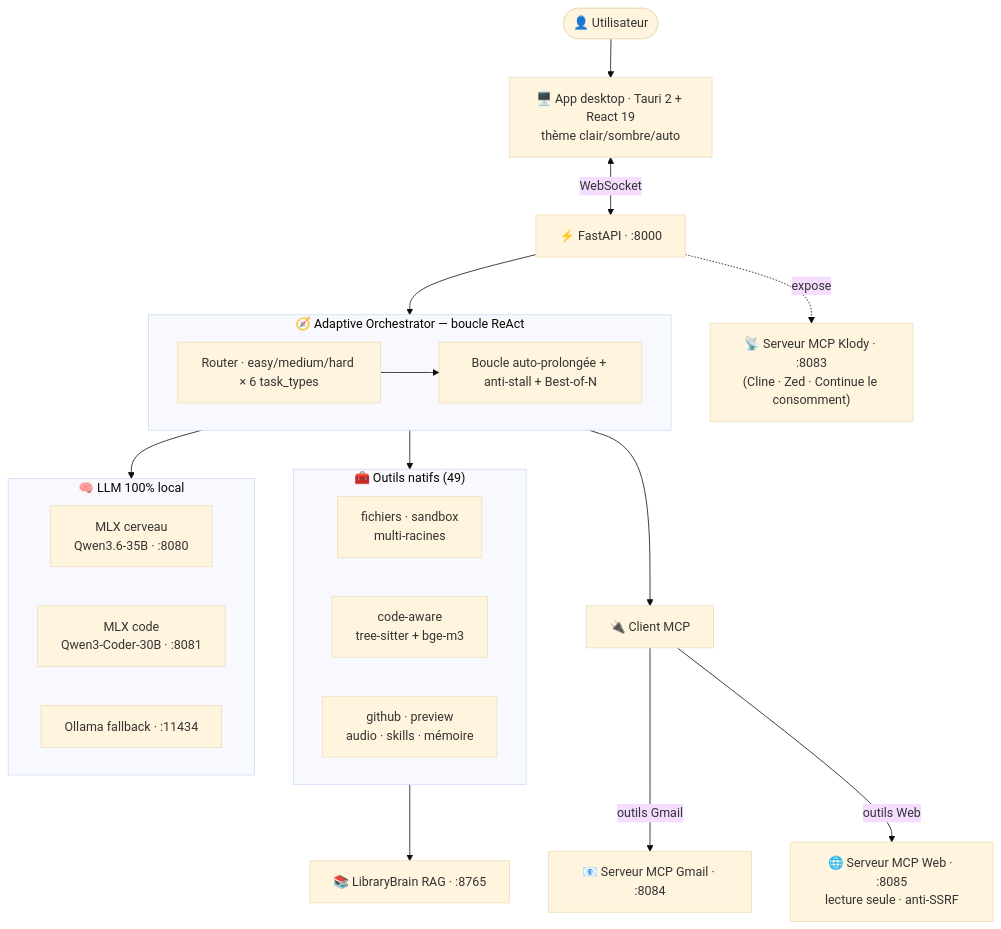
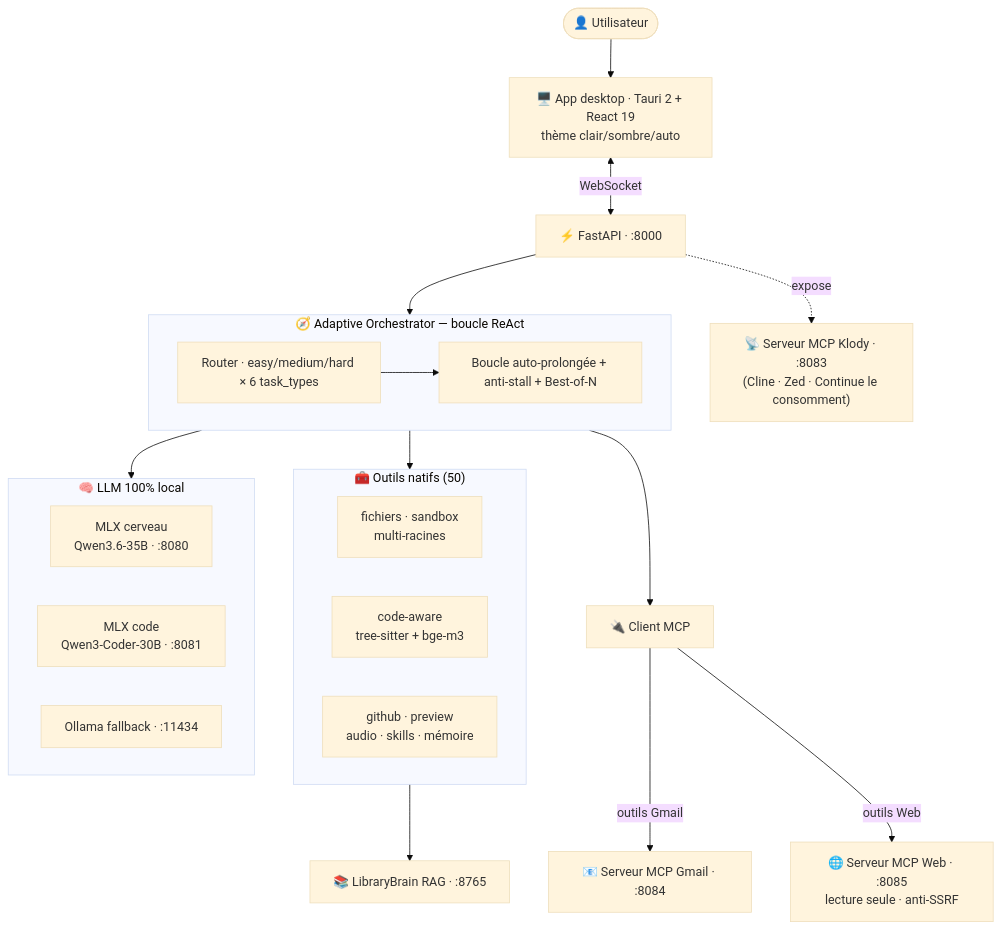
The diagram in README.md (klodynlov/klody-code-ai), drawn with Mermaid (base theme) before and after one commit. The commit also changed other lines of this file and 5 other files, not shown here.

````diff
--- a/README.md
+++ b/README.md
@@ -50,36 +50,36 @@
 ```mermaid
 flowchart TD
     U([👤 Utilisateur]) --> UI["🖥️ App desktop · Tauri 2 + React 19<br/>thème clair/sombre/auto"]
     UI <-->|WebSocket| API["⚡ FastAPI · :8000"]
     API --> ORCH
 
     subgraph ORCH["🧭 Adaptive Orchestrator — boucle ReAct"]
         R["Router · easy/medium/hard × 6 task_types"]
         L["Boucle auto-prolongée + anti-stall + Best-of-N"]
         R --> L
     end
 
     ORCH --> TOOLS
     ORCH --> MCPC["🔌 Client MCP"]
     ORCH --> LLM
 
-    subgraph TOOLS["🧰 Outils natifs (49)"]
+    subgraph TOOLS["🧰 Outils natifs (50)"]
         direction LR
         T1["fichiers · sandbox<br/>multi-racines"]
         T2["code-aware<br/>tree-sitter + bge-m3"]
         T3["github · preview<br/>audio · skills · mémoire"]
     end
 
     MCPC -->|outils Gmail| GM["📧 Serveur MCP Gmail · :8084"]
     MCPC -->|outils Web| WB["🌐 Serveur MCP Web · :8085<br/>lecture seule · anti-SSRF"]
 
     subgraph LLM["🧠 LLM 100% local"]
         direction LR
         B["MLX cerveau<br/>Qwen3.6-35B · :8080"]
         C["MLX code<br/>Qwen3-Coder-30B · :8081"]
         O["Ollama fallback · :11434"]
     end
 
     TOOLS --> RAG["📚 LibraryBrain RAG · :8765"]
     API -.expose.-> MCPS["📡 Serveur MCP Klody · :8083<br/>(Cline · Zed · Continue le consomment)"]
 ```
````
